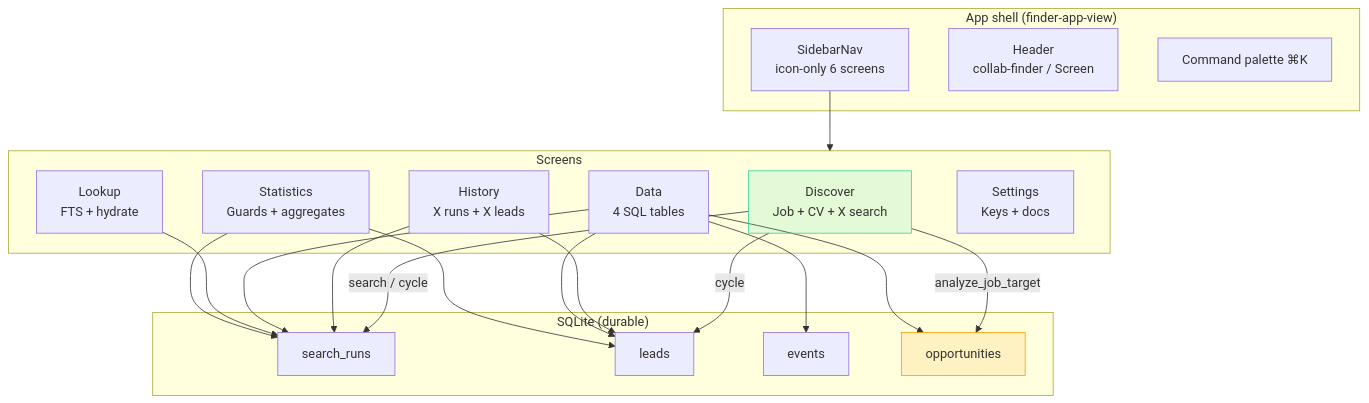
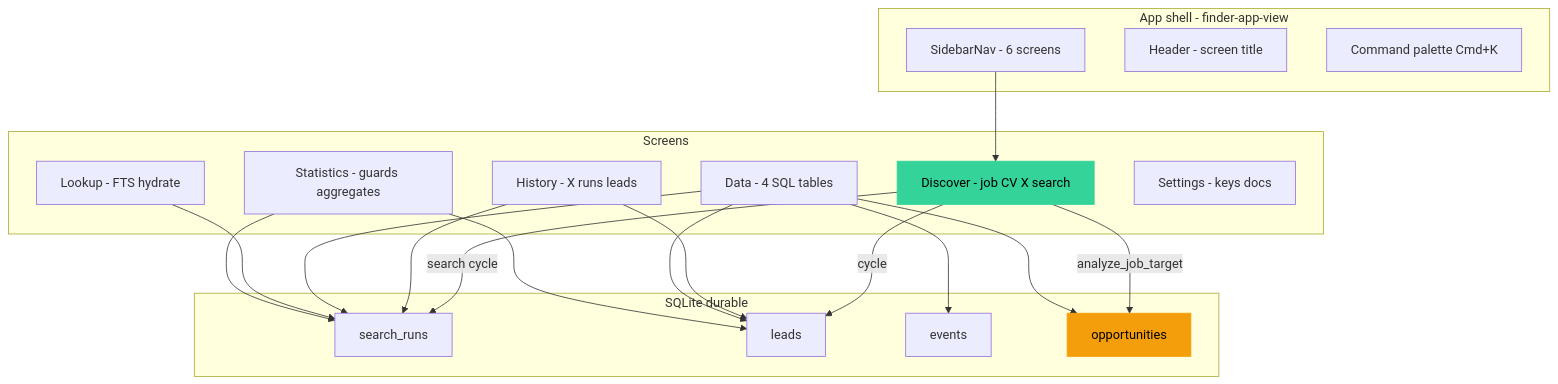
Before and after one commit to p10ns11y/collab-finder: the first of 6 diagrams in reports/ux-review-v0.1-dogfood.md, drawn with Mermaid. The commit also changed other lines of this file and 3 other files, not shown here.

First line of the commit message:
docs(reports): add tech debt deep dive and fix Mermaid diagram compatibility

````diff
--- a/reports/ux-review-v0.1-dogfood.md
+++ b/reports/ux-review-v0.1-dogfood.md
@@ -59,41 +59,41 @@
 ```mermaid
 flowchart TB
-  subgraph Shell["App shell (finder-app-view)"]
-    SB[SidebarNav<br/>icon-only 6 screens]
-    HDR[Header<br/>collab-finder / Screen]
-    PAL[Command palette ⌘K]
+  subgraph Shell["App shell - finder-app-view"]
+    SB[SidebarNav - 6 screens]
+    HDR[Header - screen title]
+    PAL["Command palette Cmd+K"]
   end
 
   subgraph Screens
-    DISC[Discover<br/>Job + CV + X search]
-    STATS[Statistics<br/>Guards + aggregates]
-    HIST[History<br/>X runs + X leads]
-    DATA[Data<br/>4 SQL tables]
-    LOOK[Lookup<br/>FTS + hydrate]
-    SET[Settings<br/>Keys + docs]
+    DISC["Discover - job CV X search"]
+    STATS["Statistics - guards aggregates"]
+    HIST["History - X runs leads"]
+    DATA["Data - 4 SQL tables"]
+    LOOK["Lookup - FTS hydrate"]
+    SET["Settings - keys docs"]
   end
 
-  subgraph SQLite["SQLite (durable)"]
+  subgraph SQLite["SQLite durable"]
     SR[search_runs]
     LD[leads]
     EV[events]
     OP[opportunities]
   end
 
-  SB --> Screens
+  SB --> DISC
   DISC -->|analyze_job_target| OP
-  DISC -->|search / cycle| SR
+  DISC -->|search cycle| SR
   DISC -->|cycle| LD
   HIST --> SR
   HIST --> LD
   DATA --> SR
   DATA --> LD
   DATA --> EV
   DATA --> OP
   LOOK --> SR
   STATS --> SR
   STATS --> LD
 
-  style OP fill:#f59e0b22,stroke:#f59e0b
-  style DISC fill:#34d39922,stroke:#34d399
+  style OP fill:#f59e0b,stroke:#f59e0b,color:#000
+  style DISC fill:#34d399,stroke:#34d399,color:#000
 ```
````
